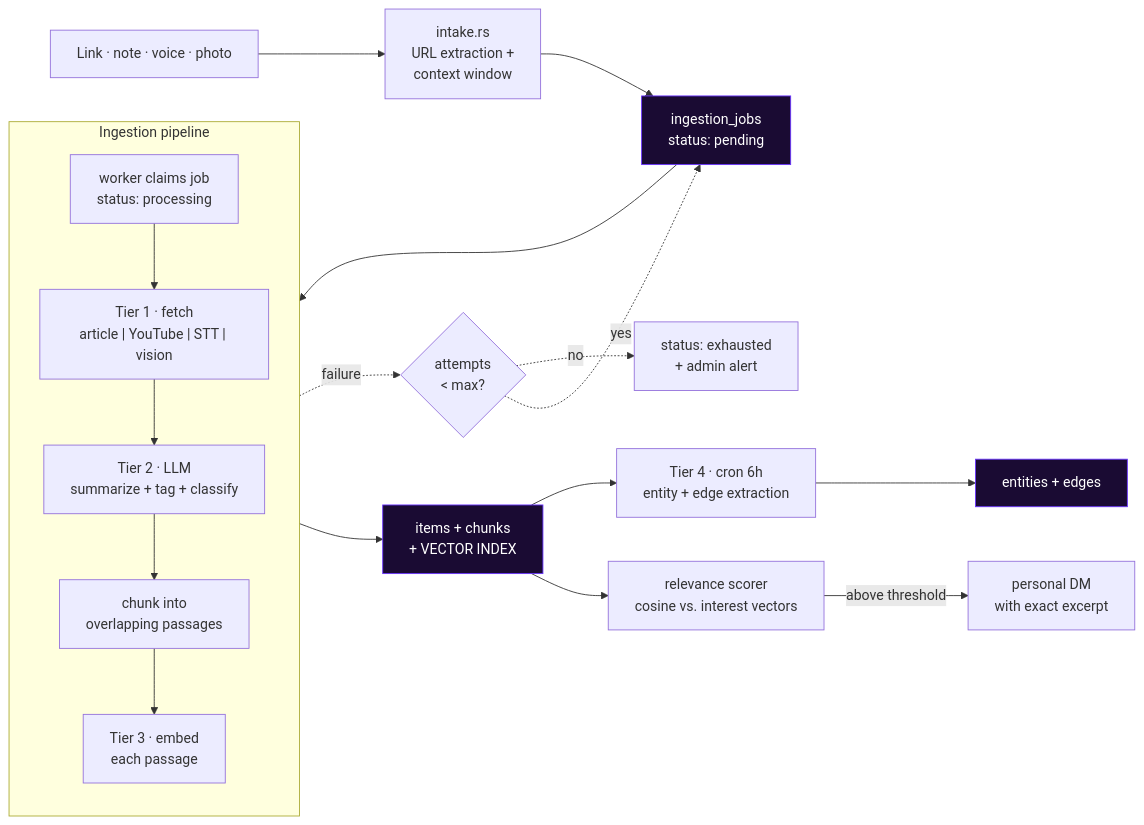
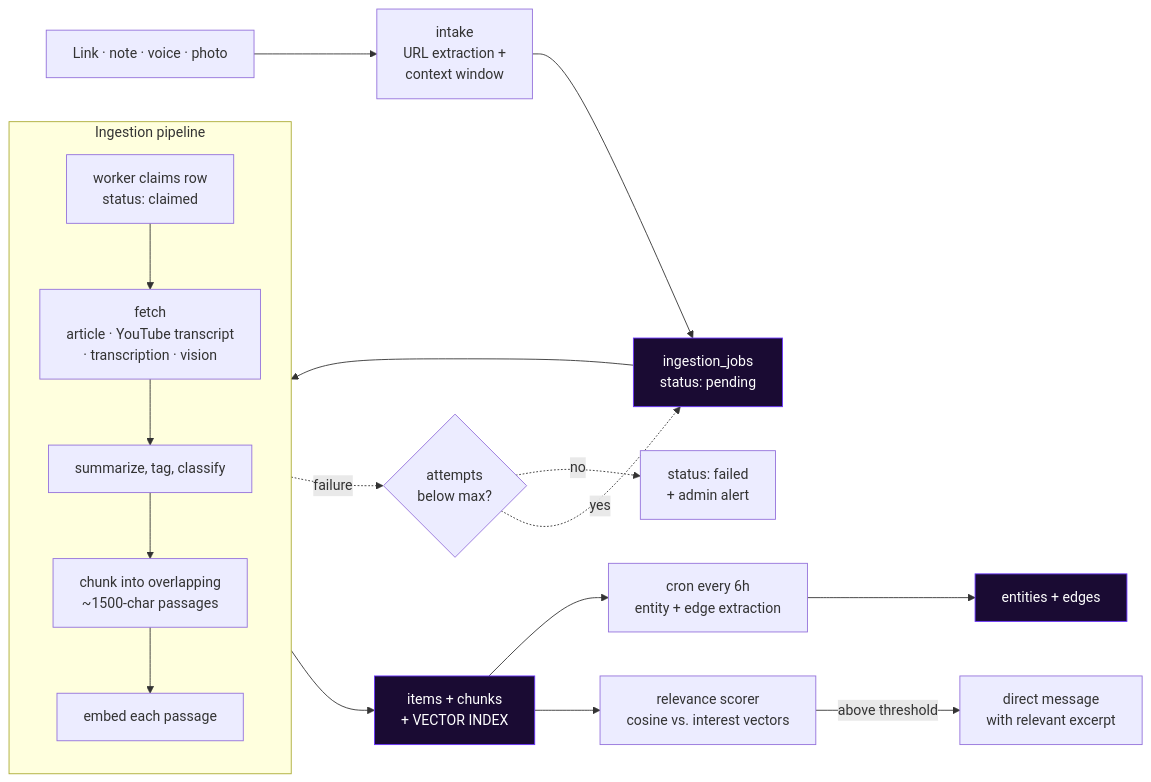
Before and after one commit to mohitdixit02/arnheid: the second of 3 diagrams in README.md, drawn with Mermaid. The commit also changed other lines of this file, not shown here.

````diff
--- a/README.md
+++ b/README.md
@@ -194,30 +203,28 @@
 ```mermaid
 flowchart LR
-    A["Link · note · voice · photo"] --> B["intake.rs<br/>URL extraction +<br/>context window"]
+    A["Link · note · voice · photo"] --> B["intake<br/>URL extraction +<br/>context window"]
     B --> C["ingestion_jobs<br/>status: pending"]
-
-    C --> D["worker claims job<br/>status: processing"]
+    C --> D["worker claims row<br/>status: claimed"]
 
     subgraph PIPE["Ingestion pipeline"]
         direction TB
-        D --> E["Tier 1 · fetch<br/>article | YouTube | STT | vision"]
-        E --> F["Tier 2 · LLM<br/>summarize + tag + classify"]
-        F --> G["chunk into<br/>overlapping passages"]
-        G --> H["Tier 3 · embed<br/>each passage"]
+        D --> E["fetch<br/>article · YouTube transcript<br/>· transcription · vision"]
+        E --> F["summarize, tag, classify"]
+        F --> G["chunk into overlapping<br/>~1500-char passages"]
+        G --> H["embed each passage"]
     end
 
     H --> I["items + chunks<br/>+ VECTOR INDEX"]
     I --> J["relevance scorer<br/>cosine vs. interest vectors"]
-    J -->|above threshold| K["personal DM<br/>with exact excerpt"]
-
-    I --> L["Tier 4 · cron 6h<br/>entity + edge extraction"]
+    J -->|above threshold| K["direct message<br/>with relevant excerpt"]
+    I --> L["cron every 6h<br/>entity + edge extraction"]
     L --> M["entities + edges"]
 
-    D -.->|failure| N{"attempts<br/>&lt; max?"}
+    D -.->|failure| N{"attempts<br/>below max?"}
     N -.->|yes| C
-    N -.->|no| O["status: exhausted<br/>+ admin alert"]
+    N -.->|no| O["status: failed<br/>+ admin alert"]
 
     style C fill:#1a0b33,stroke:#6933FF,color:#fff
     style I fill:#1a0b33,stroke:#6933FF,color:#fff
     style M fill:#1a0b33,stroke:#6933FF,color:#fff
 ```
````
